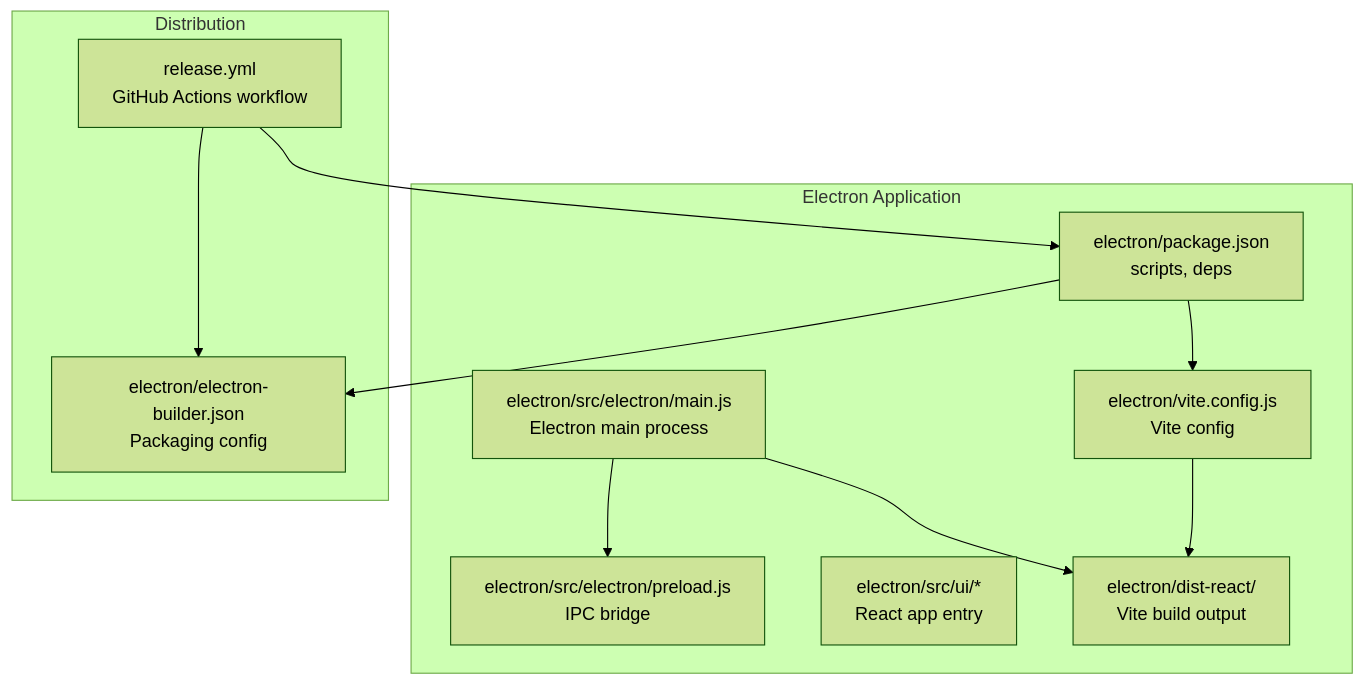
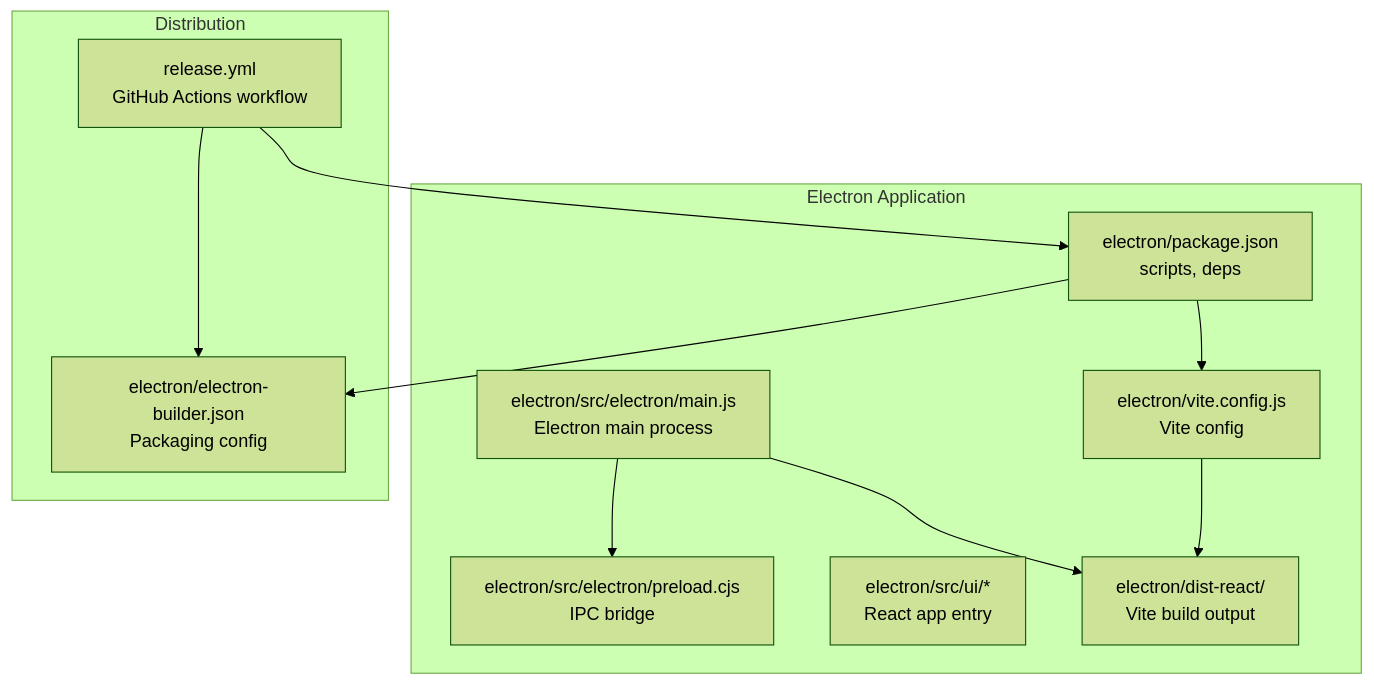
The first of 10 diagrams in src/data/docs/bulk-messaging-system/Desktop Application Architecture/Build System and Distribution.md (tashifkhan/tashif.codes), drawn with Mermaid (forest theme) before and after one commit. The commit also changed other lines of this file and 2128 other files, not shown here.

First line of the commit message:
docs: replace raster diagram images with native Mermaid across project guides

````diff
--- a/src/data/docs/bulk-messaging-system/Desktop Application Architecture/Build System and Distribution.md
+++ b/src/data/docs/bulk-messaging-system/Desktop Application Architecture/Build System and Distribution.md
@@ -16,22 +17,22 @@
 ```mermaid
 graph TB
 subgraph "Electron Application"
 E_PKG["electron/package.json<br/>scripts, deps"]
 E_VITE["electron/vite.config.js<br/>Vite config"]
 E_MAIN["electron/src/electron/main.js<br/>Electron main process"]
-E_PRELOAD["electron/src/electron/preload.js<br/>IPC bridge"]
+E_PRELOAD["electron/src/electron/preload.cjs<br/>IPC bridge"]
 E_UI["electron/src/ui/*<br/>React app entry"]
 E_DIST["electron/dist-react/<br/>Vite build output"]
 end
 subgraph "Distribution"
 E_BUILDER["electron/electron-builder.json<br/>Packaging config"]
 GH_RELEASE["release.yml<br/>GitHub Actions workflow"]
 end
 E_PKG --> E_VITE
 E_VITE --> E_DIST
 E_MAIN --> E_DIST
 E_MAIN --> E_PRELOAD
 E_PKG --> E_BUILDER
 GH_RELEASE --> E_PKG
 GH_RELEASE --> E_BUILDER
 ```
````
